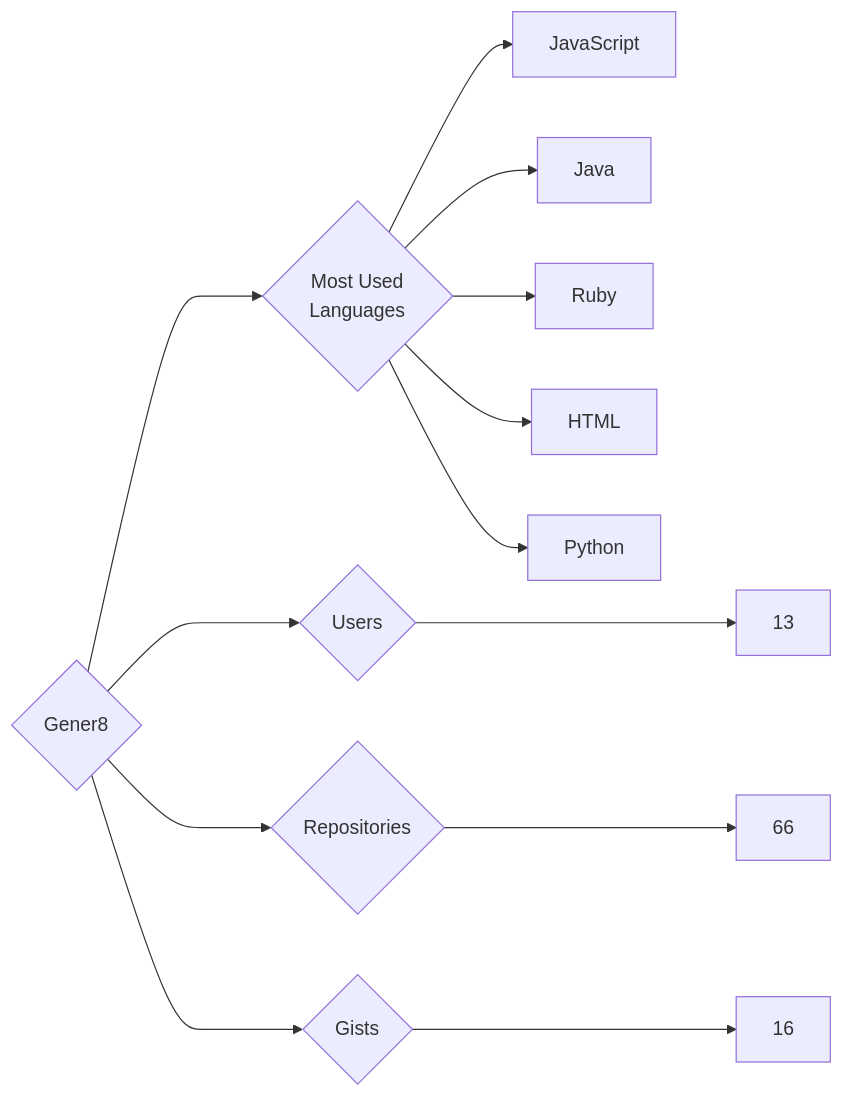
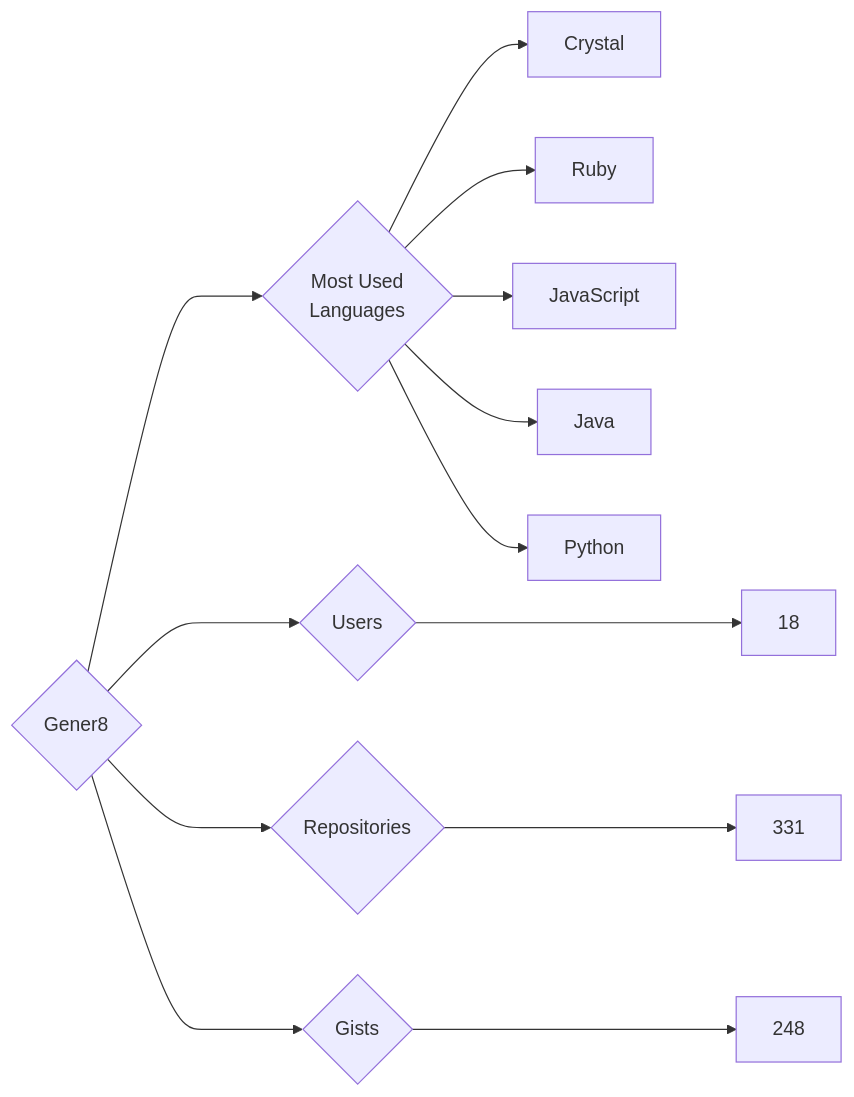
Before and after one commit to trickest/insiders: the diagram in targets/Gener8/README.md, drawn with Mermaid. The commit also changed 888 other files, not shown here.

````diff
--- a/targets/Gener8/README.md
+++ b/targets/Gener8/README.md
@@ -3,13 +3,13 @@
 ```mermaid
 graph LR
 COMPANY_NAME{Gener8}
-COMPANY_NAME ---> U{Users} ---> UN[13]
-COMPANY_NAME ---> R{Repositories} ---> RN[66]
-COMPANY_NAME ---> G{Gists} ---> GN[16]
+COMPANY_NAME ---> U{Users} ---> UN[18]
+COMPANY_NAME ---> R{Repositories} ---> RN[331]
+COMPANY_NAME ---> G{Gists} ---> GN[248]
 COMPANY_NAME ---> ML{Most Used<br>Languages}
+ML --> Crystal[Crystal]
+ML --> Ruby[Ruby]
 ML --> JavaScript[JavaScript]
 ML --> Java[Java]
-ML --> Ruby[Ruby]
-ML --> HTML[HTML]
 ML --> Python[Python]
 ```
````
